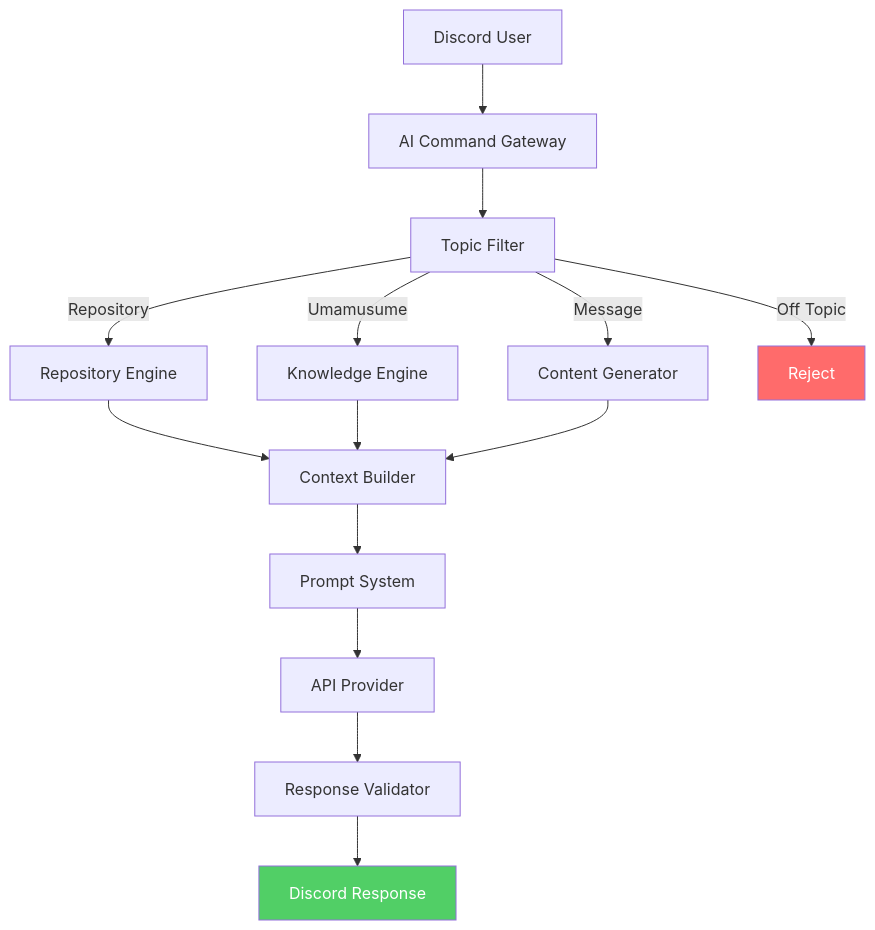
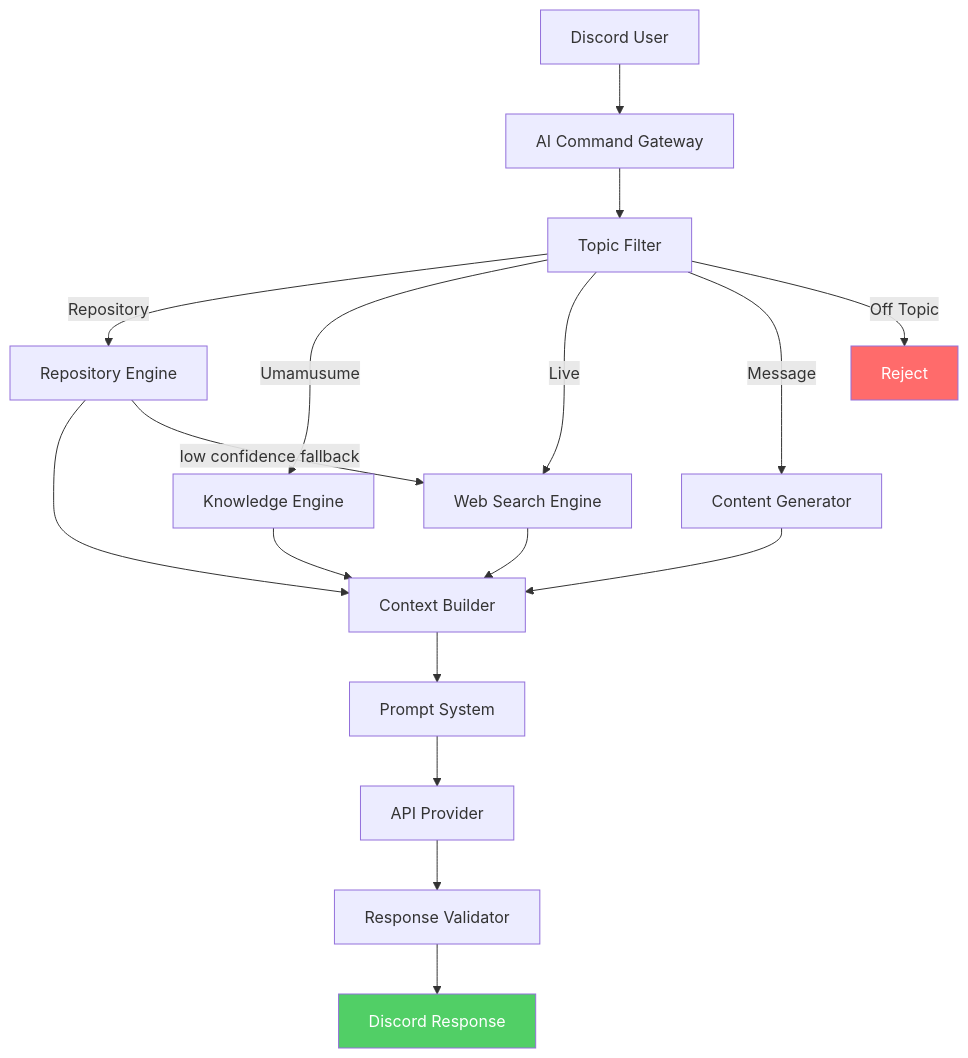
Before and after one commit to Umadolproject/Umakraft: the first of 2 diagrams in AI/ARCHITECTURE.md, drawn with Mermaid. The commit also changed other lines of this file and 3 other files, not shown here.

First line of the commit message:
Add web search engine module and expand AI architecture documentation

````diff
--- a/AI/ARCHITECTURE.md
+++ b/AI/ARCHITECTURE.md
@@ -49,23 +49,27 @@
 ```mermaid
 flowchart TD
     A[Discord User] --> B[AI Command Gateway]
     B --> C[Topic Filter]
 
     C -->|Repository| D[Repository Engine]
     C -->|Umamusume| E[Knowledge Engine]
+    C -->|Live| W[Web Search Engine]
     C -->|Message| F[Content Generator]
     C -->|Off Topic| G[Reject]
 
     D --> H[Context Builder]
     E --> H
+    W --> H
     F --> H
+
+    D -->|low confidence fallback| W
 
     H --> I[Prompt System]
     I --> J[API Provider]
 
     J --> K[Response Validator]
     K --> L[Discord Response]
 
     style G fill:#ff6b6b,color:#fff
     style L fill:#51cf66,color:#fff
 ```
````
